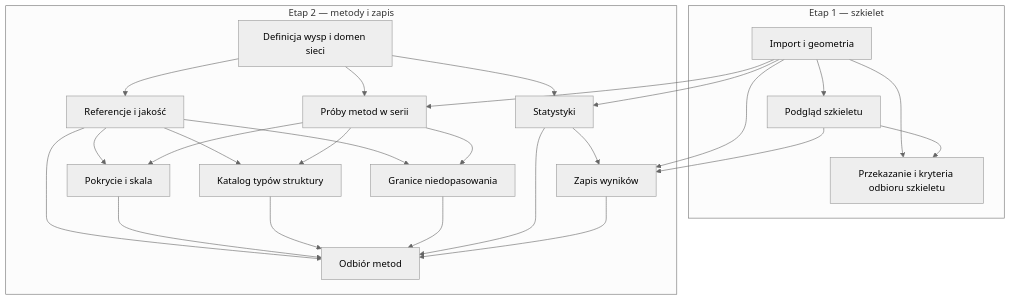
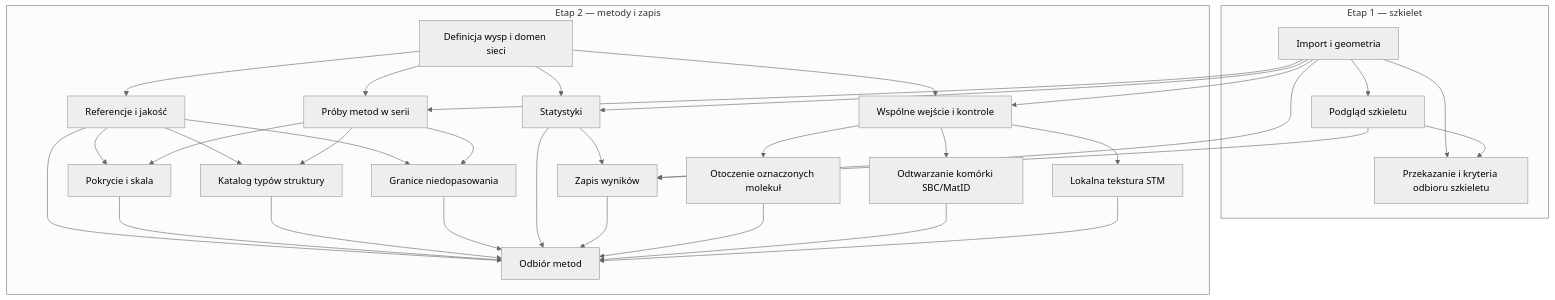
One commit to RafLew84/NEtCAT_NaParA changed the diagram in docs/stmdomains/issues/README.md. Above: the diagram before and after it, drawn with Mermaid (neutral theme). The commit also changed other lines of this file and 10 other files, not shown here.

````diff
--- a/docs/stmdomains/issues/README.md
+++ b/docs/stmdomains/issues/README.md
@@ -132,42 +167,54 @@
 ```mermaid
 flowchart TD
     subgraph phase1["Etap 1 — szkielet"]
         a["Import i geometria"]
         g["Podgląd szkieletu"]
         i["Przekazanie i kryteria odbioru szkieletu"]
     end
     subgraph phase2["Etap 2 — metody i zapis"]
         b["Definicja wysp i domen sieci"]
         d["Referencje i jakość"]
         e["Próby metod w serii"]
         f["Statystyki"]
         h["Zapis wyników"]
         j["Pokrycie i skala"]
         k["Katalog typów struktury"]
         l["Granice niedopasowania"]
         m["Odbiór metod"]
+        n["Wspólne wejście i kontrole"]
+        o["Otoczenie oznaczonych molekuł"]
+        p["Odtwarzanie komórki SBC/MatID"]
+        q["Lokalna tekstura STM"]
     end
     a --> g
     a --> i
     g --> i
     b --> d
     a --> e
     b --> e
     d --> j
     d --> k
     d --> l
     e --> j
     e --> k
     e --> l
     d --> m
     j --> m
     k --> m
     l --> m
     f --> m
     a --> f
     b --> f
     a --> h
     h --> m
     f --> h
     g --> h
+    a --> n
+    b --> n
+    n --> o
+    n --> p
+    n --> q
+    o --> m
+    p --> m
+    q --> m
 ```
````
